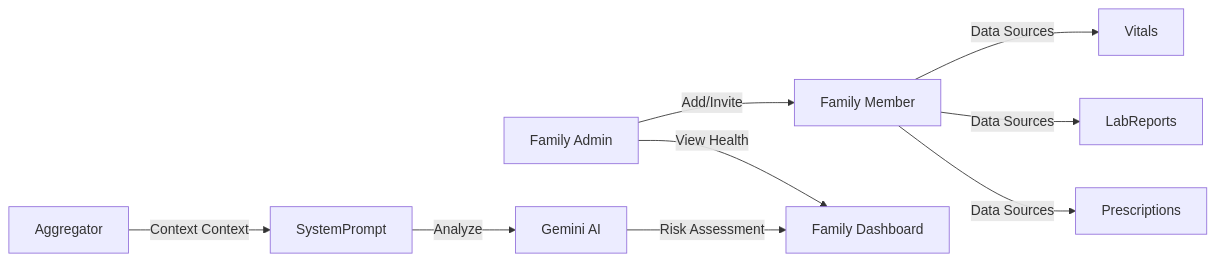
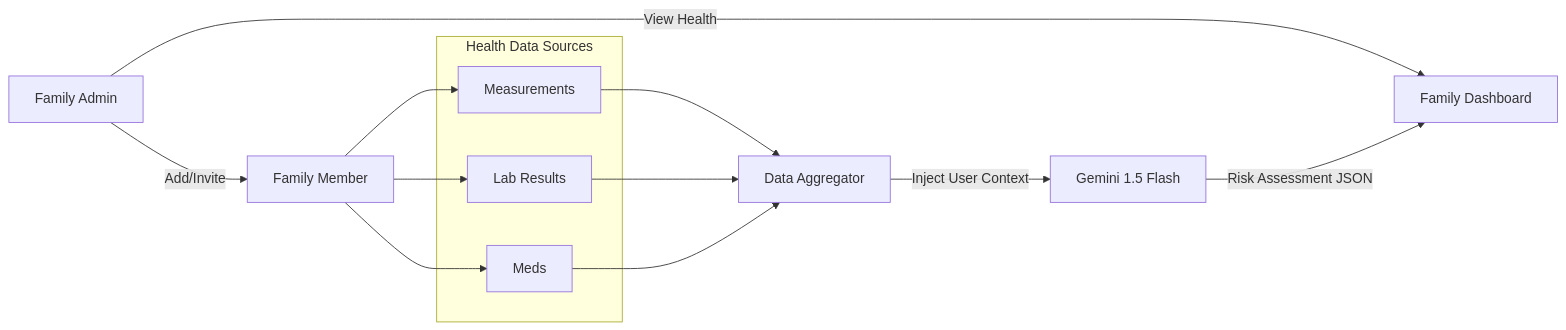
The fourth of 7 diagrams in docs/TECHNICAL_FLOWS.md (aryapatel23/lifedoc), drawn with Mermaid before and after one commit. The commit also changed other lines of this file, not shown here.

Commit message:
changes into TECHNICAL_FLOWS.md file and fix the error

````diff
--- a/docs/TECHNICAL_FLOWS.md
+++ b/docs/TECHNICAL_FLOWS.md
@@ -85,13 +83,19 @@
 ```mermaid
 graph LR
     Admin[Family Admin] -->|Add/Invite| Member[Family Member]
     Admin -->|View Health| Dashboard[Family Dashboard]
     
-    Member -->|Data Sources| Vitals
-    Member -->|Data Sources| LabReports
-    Member -->|Data Sources| Prescriptions
+    subgraph Sources [Health Data Sources]
+        Vitals[Measurements]
+        LabReports[Lab Results]
+        Prescriptions[Meds]
+    end
     
-    Aggregator -->|Context Context| SystemPrompt
-    SystemPrompt -->|Analyze| Gemini[Gemini AI]
-    Gemini -->|Risk Assessment| Dashboard
+    Member --> Vitals
+    Member --> LabReports
+    Member --> Prescriptions
+    
+    Vitals & LabReports & Prescriptions --> Aggregator[Data Aggregator]
+    Aggregator -->|Inject User Context| Gemini[Gemini 1.5 Flash]
+    Gemini -->|Risk Assessment JSON| Dashboard
 ```
````
